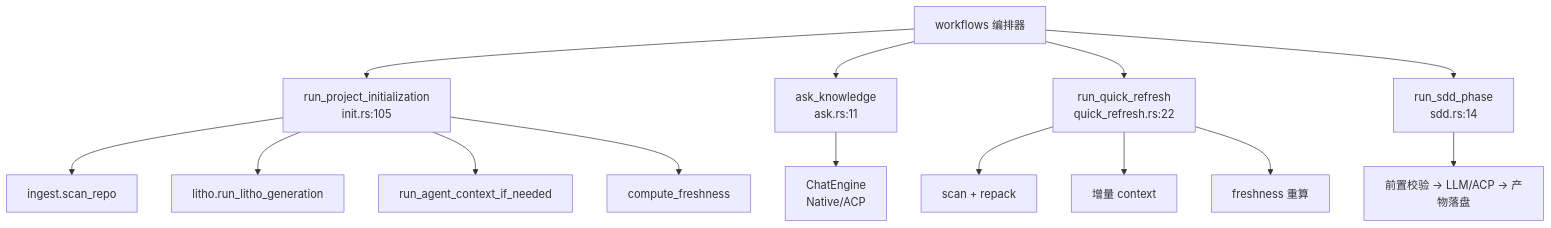
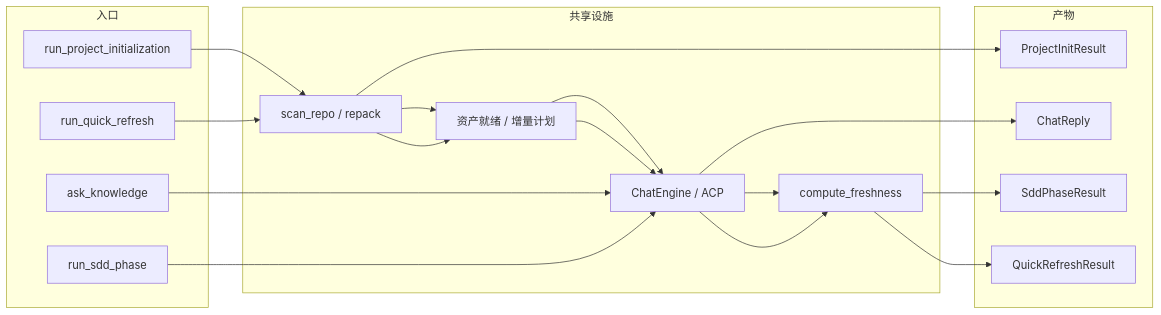
One commit to sopaco/terrain changed the diagram in .terrain/human/4.Deep-Exploration/workflows.md. Above: the diagram before and after it, drawn with Mermaid. The commit also changed other lines of this file and 29 other files, not shown here.

````diff
--- a/.terrain/human/4.Deep-Exploration/workflows.md
+++ b/.terrain/human/4.Deep-Exploration/workflows.md
@@ -47,16 +50,29 @@
 ```mermaid
-flowchart TD
-    WF["workflows 编排器"] --> INIT["run_project_initialization<br/>init.rs:105"]
-    WF --> ASKWF["ask_knowledge<br/>ask.rs:11"]
-    WF --> QR["run_quick_refresh<br/>quick_refresh.rs:22"]
-    WF --> SDDWF["run_sdd_phase<br/>sdd.rs:14"]
-    INIT --> ING["ingest.scan_repo"]
-    INIT --> LITHO["litho.run_litho_generation"]
-    INIT --> CTX["run_agent_context_if_needed"]
-    INIT --> FR["compute_freshness"]
-    ASKWF --> ENG["ChatEngine<br/>Native/ACP"]
-    QR --> ING2["scan + repack"]
-    QR --> CTX2["增量 context"]
-    QR --> FR2["freshness 重算"]
-    SDDWF --> SDDR["前置校验 → LLM/ACP → 产物落盘"]
+flowchart LR
+    subgraph 入口
+        E1["run_project_initialization"]
+        E2["run_quick_refresh"]
+        E3["ask_knowledge"]
+        E4["run_sdd_phase"]
+    end
+    subgraph 共享设施
+        F1["scan_repo / repack"]
+        F2["资产就绪 / 增量计划"]
+        F3["ChatEngine / ACP"]
+        F4["compute_freshness"]
+    end
+    subgraph 产物
+        G1["ProjectInitResult"]
+        G2["QuickRefreshResult"]
+        G3["ChatReply"]
+        G4["SddPhaseResult"]
+    end
+    E1 --> F1 --> F2 --> F3 --> F4
+    E2 --> F1 --> F2 --> F3 --> F4
+    E3 --> F3
+    E4 --> F3
+    F1 --> G1
+    F4 --> G2
+    F3 --> G3
+    F4 --> G4
 ```
````
